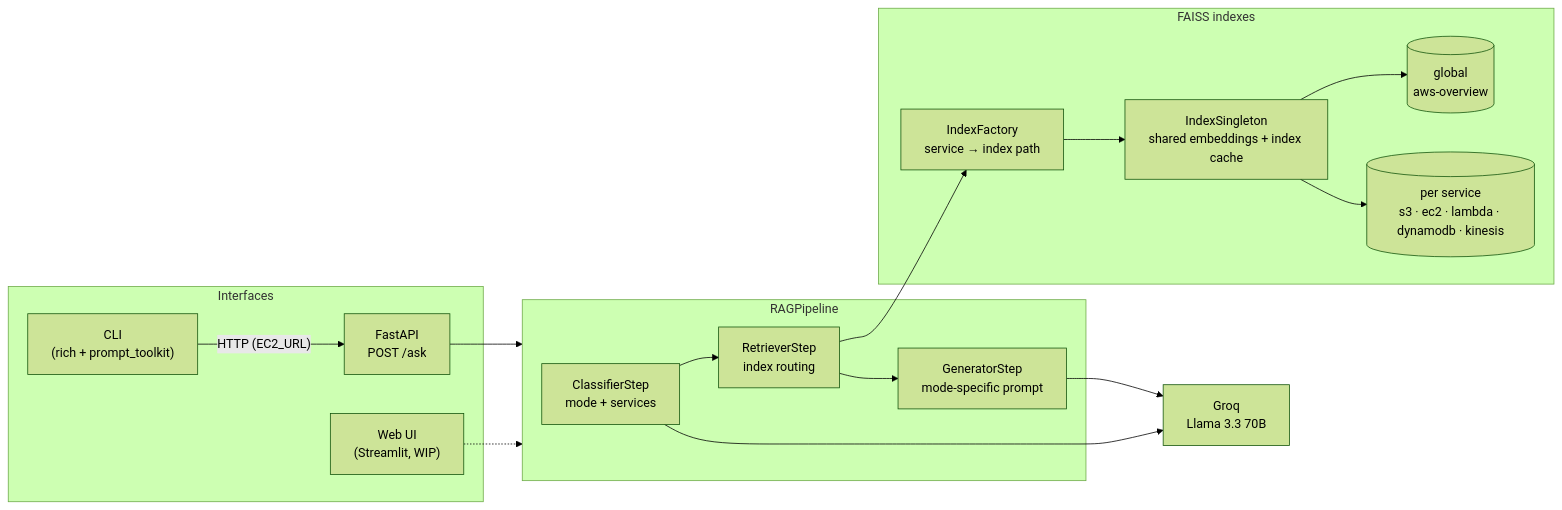
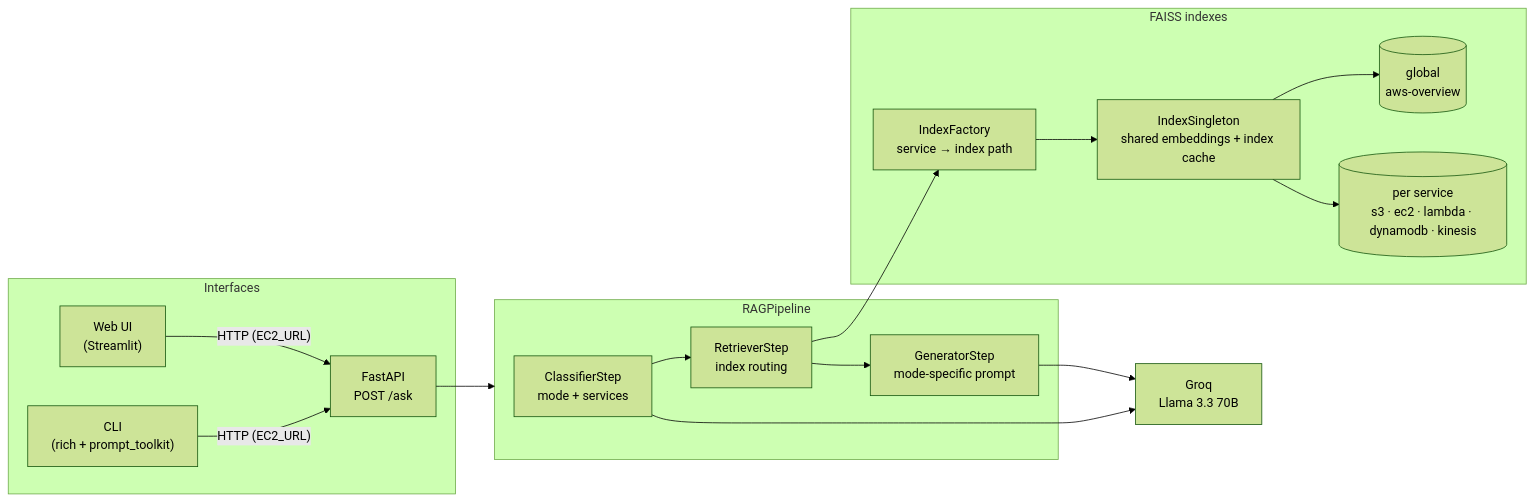
The first of 2 diagrams in README.md (hmz8elf/AWS-RAG), drawn with Mermaid (forest theme) before and after one commit. The commit also changed other lines of this file and 1 other file, not shown here.

First line of the commit message:
Fix WebInterface: implement processQuestion via the FastAPI backend

````diff
--- a/README.md
+++ b/README.md
@@ -11,27 +11,27 @@
 ```mermaid
 flowchart LR
     subgraph Interfaces
         CLI["CLI<br/>(rich + prompt_toolkit)"]
-        WEB["Web UI<br/>(Streamlit, WIP)"]
+        WEB["Web UI<br/>(Streamlit)"]
         API["FastAPI<br/>POST /ask"]
     end
 
     subgraph Pipeline["RAGPipeline"]
         C["ClassifierStep<br/>mode + services"] --> R["RetrieverStep<br/>index routing"] --> G["GeneratorStep<br/>mode-specific prompt"]
     end
 
     subgraph Indexes["FAISS indexes"]
         F["IndexFactory<br/>service → index path"] --> S["IndexSingleton<br/>shared embeddings + index cache"]
         S --> IG[("global<br/>aws-overview")]
         S --> IS[("per service<br/>s3 · ec2 · lambda · dynamodb · kinesis")]
     end
 
     LLM["Groq<br/>Llama 3.3 70B"]
 
     CLI -- "HTTP (EC2_URL)" --> API
-    WEB -.-> Pipeline
+    WEB -- "HTTP (EC2_URL)" --> API
     API --> Pipeline
     R --> F
     C --> LLM
     G --> LLM
 ```
````
